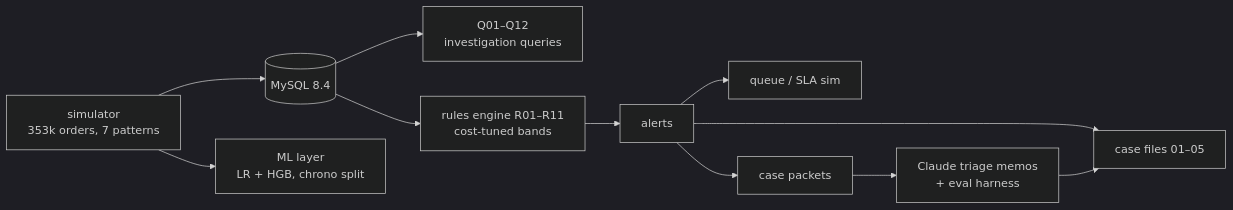
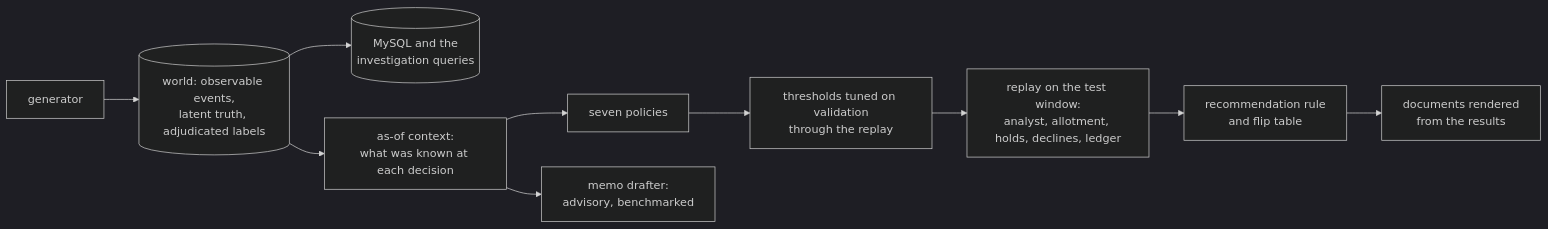
The diagram in README.md (nacapule/bnpl-fraud-workbench), drawn with Mermaid (dark theme) before and after one commit. The commit also changed other lines of this file and 1 other file, not shown here.

````diff
--- a/README.md
+++ b/README.md
@@ -18,13 +81,12 @@
 ```mermaid
 graph LR
-    S[simulator<br/>353k orders, 7 patterns] --> DB[(MySQL 8.4)]
-    DB --> Q[Q01–Q12<br/>investigation queries]
-    DB --> R[rules engine R01–R11<br/>cost-tuned bands]
-    R --> AL[alerts]
-    AL --> QS[queue / SLA sim]
-    AL --> PK[case packets]
-    PK --> LLM[Claude triage memos<br/>+ eval harness]
-    S --> M[ML layer<br/>LR + HGB, chrono split]
-    AL --> C[case files 01–05]
-    LLM --> C
+    G[generator] --> W[(world: observable events,<br/>latent truth, adjudicated labels)]
+    W --> DB[(MySQL and the<br/>investigation queries)]
+    W --> C[as-of context:<br/>what was known at each decision]
+    C --> P[seven policies]
+    P --> T[thresholds tuned on validation<br/>through the replay]
+    T --> R[replay on the test window:<br/>analyst, allotment, holds, declines, ledger]
+    R --> E[recommendation rule<br/>and flip table]
+    E --> D[documents rendered<br/>from the results]
+    C --> M[memo drafter:<br/>advisory, benchmarked]
 ```
````
